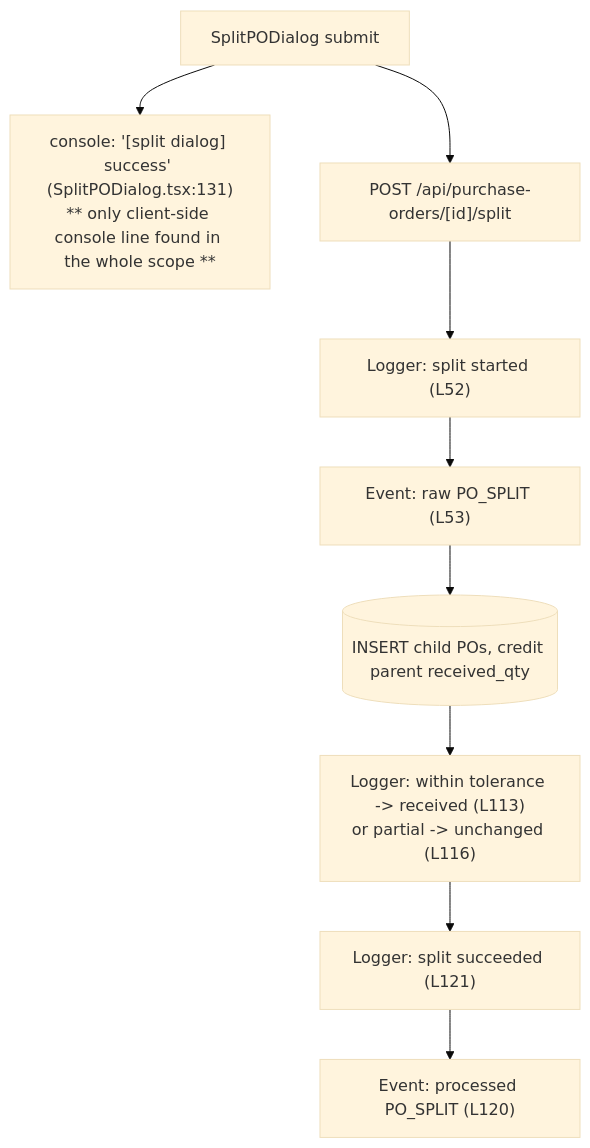
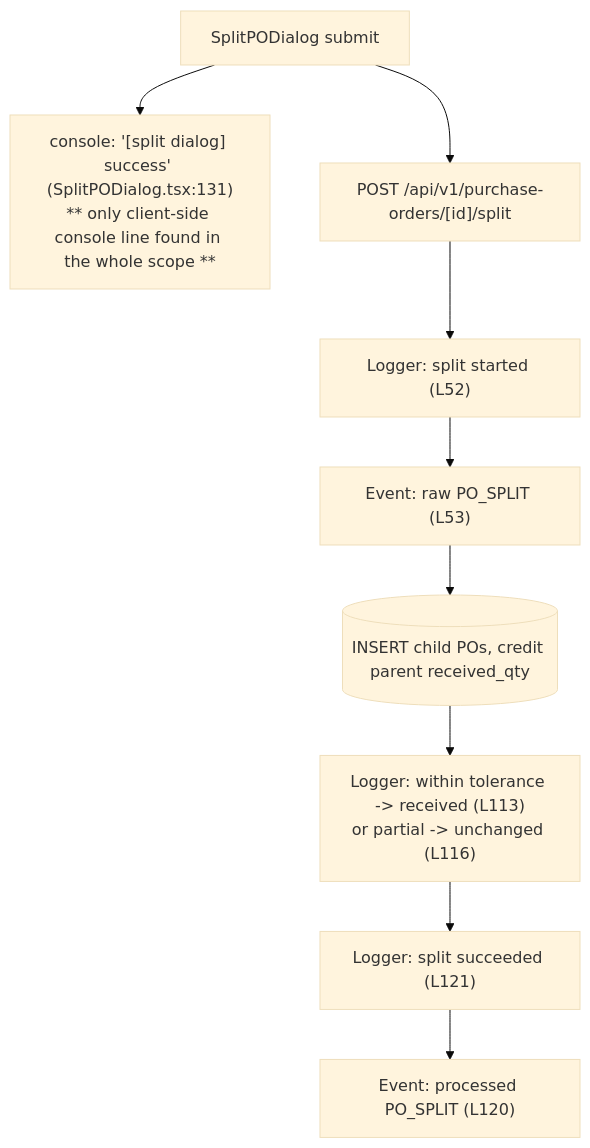
One commit to ERP-PreFg-Admin/ERP-Prefg-Tool changed the eighth of 10 diagrams in erp_project/docs/interaction-logging-map.md. Above: the diagram before and after it, drawn with Mermaid (base theme). The commit also changed other lines of this file and 96 other files, not shown here.

````diff
--- a/erp_project/docs/interaction-logging-map.md
+++ b/erp_project/docs/interaction-logging-map.md
@@ -187,8 +187,8 @@
 ```mermaid
 flowchart TD
     SplitDialog["SplitPODialog submit"] --> C1["console: '[split dialog] success' (SplitPODialog.tsx:131)\n** only client-side console line found in the whole scope **"]
-    SplitDialog --> API["POST /api/purchase-orders/[id]/split"]
+    SplitDialog --> API["POST /api/v1/purchase-orders/[id]/split"]
     API --> L1["Logger: split started (L52)"] --> E1["Event: raw PO_SPLIT (L53)"] --> DB1[("INSERT child POs, credit parent received_qty")]
     DB1 --> L2["Logger: within tolerance -> received (L113)\nor partial -> unchanged (L116)"]
     L2 --> L3["Logger: split succeeded (L121)"] --> E2["Event: processed PO_SPLIT (L120)"]
 ```
````
